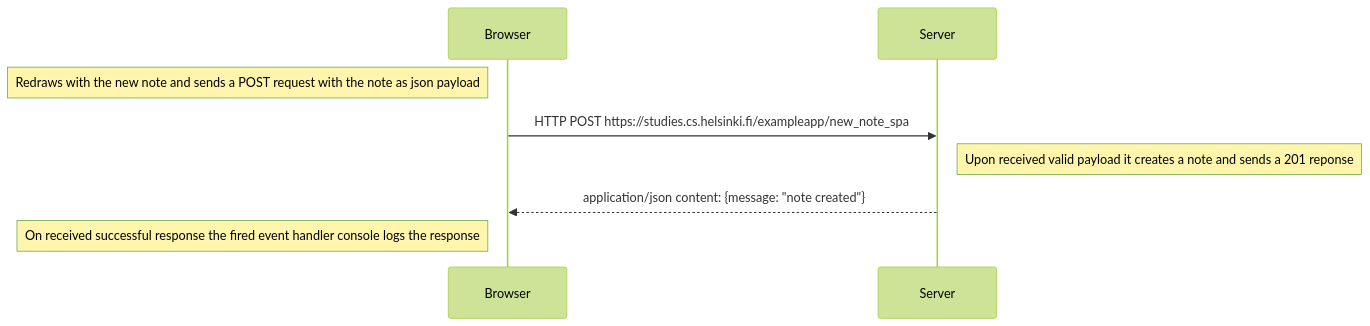
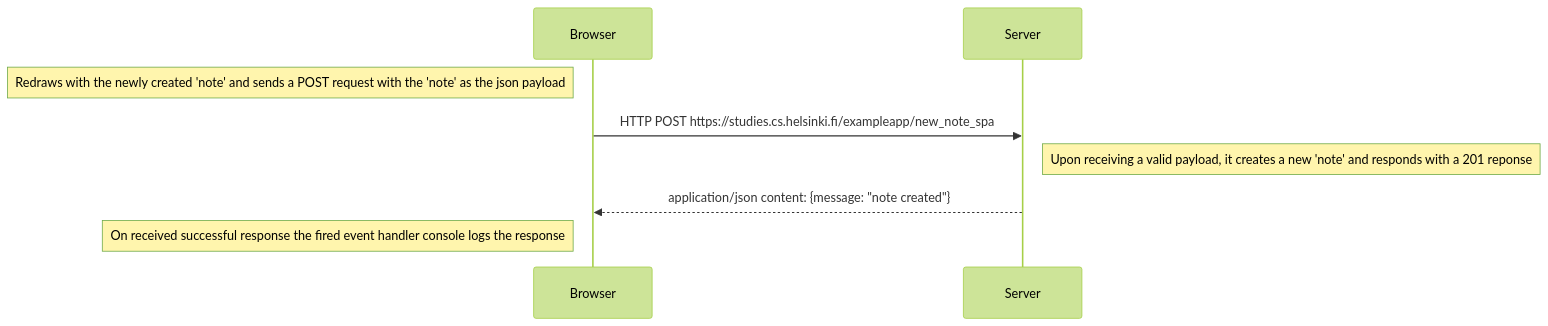
One commit to adkuca/fullstackopen changed the diagram in part00-fundamentals-of-web-apps/exercise0_6.md. Above: the diagram before and after it, drawn with Mermaid (forest theme). The commit also changed 2 other files, not shown here.

Commit message:
Fix grammar exercise0_4 - exercise0_6

````diff
--- a/part00-fundamentals-of-web-apps/exercise0_6.md
+++ b/part00-fundamentals-of-web-apps/exercise0_6.md
@@ -3,10 +3,10 @@
 ```mermaid
 sequenceDiagram
     participant Browser
     participant Server
-    Note left of Browser: Redraws with the new note and sends a POST request with the note as json payload
+    Note left of Browser: Redraws with the newly created 'note' and sends a POST request with the 'note' as the json payload
     Browser->>Server: HTTP POST https://studies.cs.helsinki.fi/exampleapp/new_note_spa
-    Note right of Server: Upon received valid payload it creates a note and sends a 201 reponse
+    Note right of Server: Upon receiving a valid payload, it creates a new 'note' and responds with a 201 reponse
     Server-->>Browser: application/json content: {message: "note created"}
     Note left of Browser: On received successful response the fired event handler console logs the response
 ```
````
